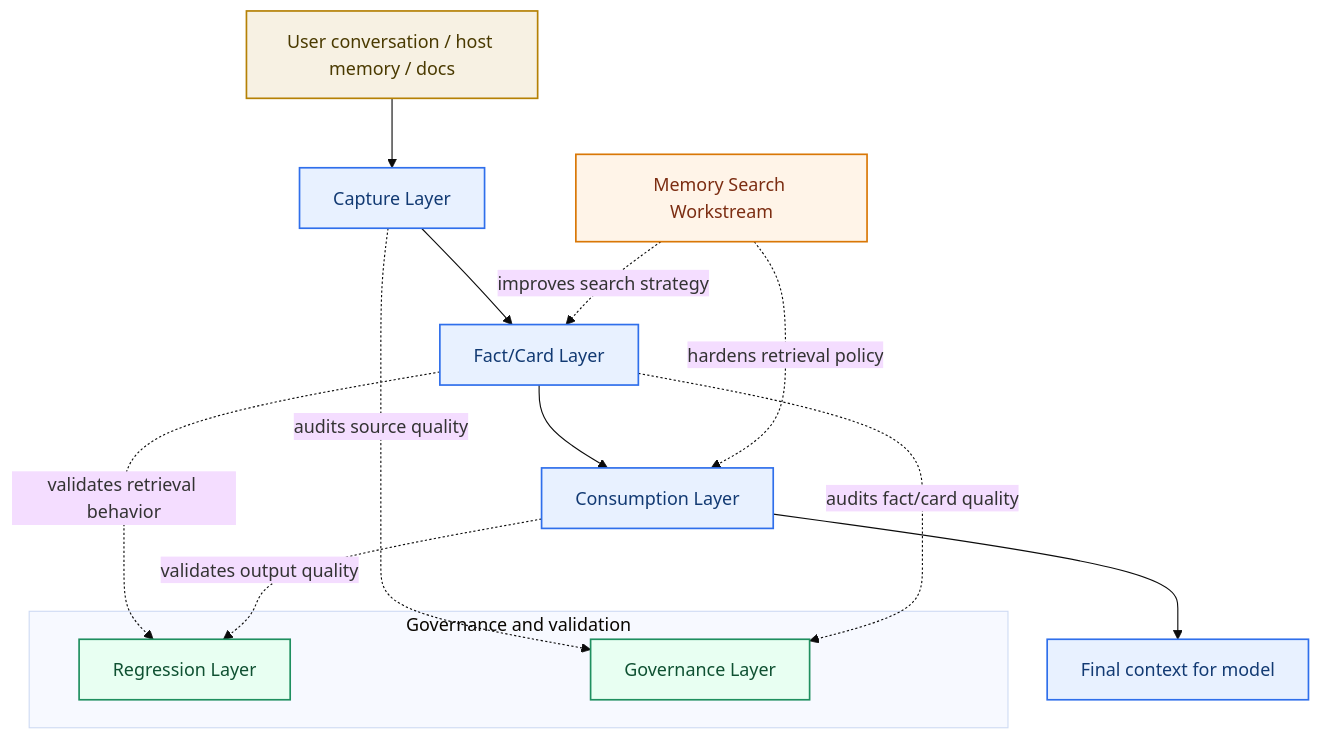
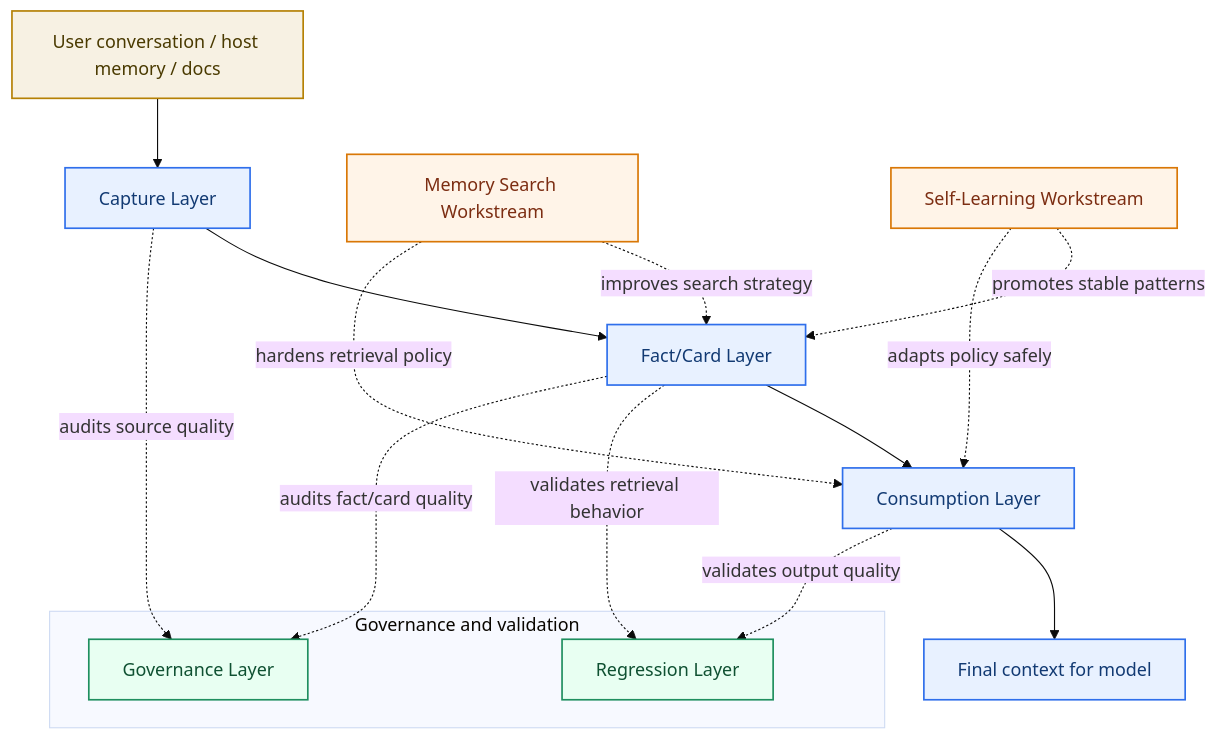
Before and after one commit to redcreen/memory-context-claw: the first of 16 diagrams in system-architecture.md, drawn with Mermaid (base theme). The commit also changed other lines of this file and 4 other files, not shown here.

Commit message:
Refine roadmap and add self-learning workstream plan

````diff
--- a/system-architecture.md
+++ b/system-architecture.md
@@ -26,30 +27,33 @@
 ```mermaid
 flowchart TB
     A["User conversation / host memory / docs"] --> B["Capture Layer"]
     B --> C["Fact/Card Layer"]
     C --> D["Consumption Layer"]
     D --> E["Final context for model"]
 
     subgraph OPS["Governance and validation"]
         F["Regression Layer"]
         G["Governance Layer"]
     end
 
     H["Memory Search Workstream"]
+    I["Self-Learning Workstream"]
 
     C -. validates retrieval behavior .-> F
     D -. validates output quality .-> F
     B -. audits source quality .-> G
     C -. audits fact/card quality .-> G
     H -. improves search strategy .-> C
     H -. hardens retrieval policy .-> D
+    I -. promotes stable patterns .-> C
+    I -. adapts policy safely .-> D
 
     classDef input fill:#f7f1e3,stroke:#b58105,color:#4a3a00,stroke-width:1.5px;
     classDef plugin fill:#e8f1ff,stroke:#2f6feb,color:#123a73,stroke-width:1.5px;
     classDef ops fill:#e8fff2,stroke:#1f8f5f,color:#0f5132,stroke-width:1.5px;
     classDef workstream fill:#fff4e8,stroke:#d97706,color:#7c2d12,stroke-width:1.5px;
     class A input;
     class B,C,D,E plugin;
     class F,G ops;
-    class H workstream;
+    class H,I workstream;
 ```
````
